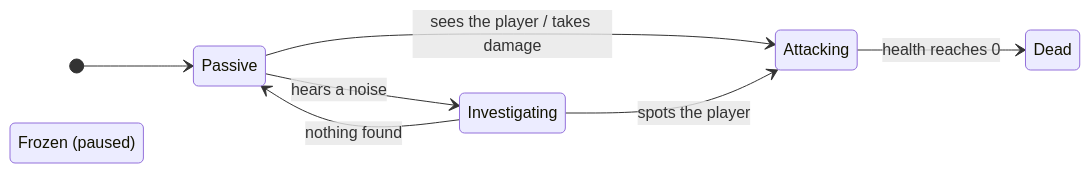
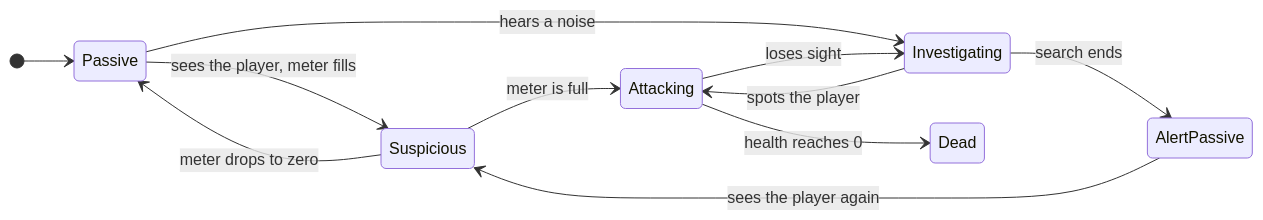
One commit to ibrahim0enes/UE5-Smart-AI-System changed the first of 2 diagrams in README.md. Above: the diagram before and after it, drawn with Mermaid. The commit also changed other lines of this file and 147 other files, not shown here.

Commit message:
Replace project with the stealth AI showcase (detection meter, disguise zones, predicted search)

````diff
--- a/README.md
+++ b/README.md
@@ -34,11 +34,14 @@
 ```mermaid
 stateDiagram-v2
     direction LR
     [*] --> Passive
+    Passive --> Suspicious : sees the player, meter fills
+    Suspicious --> Passive : meter drops to zero
+    Suspicious --> Attacking : meter is full
     Passive --> Investigating : hears a noise
-    Passive --> Attacking : sees the player / takes damage
+    Attacking --> Investigating : loses sight
     Investigating --> Attacking : spots the player
-    Investigating --> Passive : nothing found
+    Investigating --> AlertPassive : search ends
+    AlertPassive --> Suspicious : sees the player again
     Attacking --> Dead : health reaches 0
-    Frozen : Frozen (paused)
 ```
````
